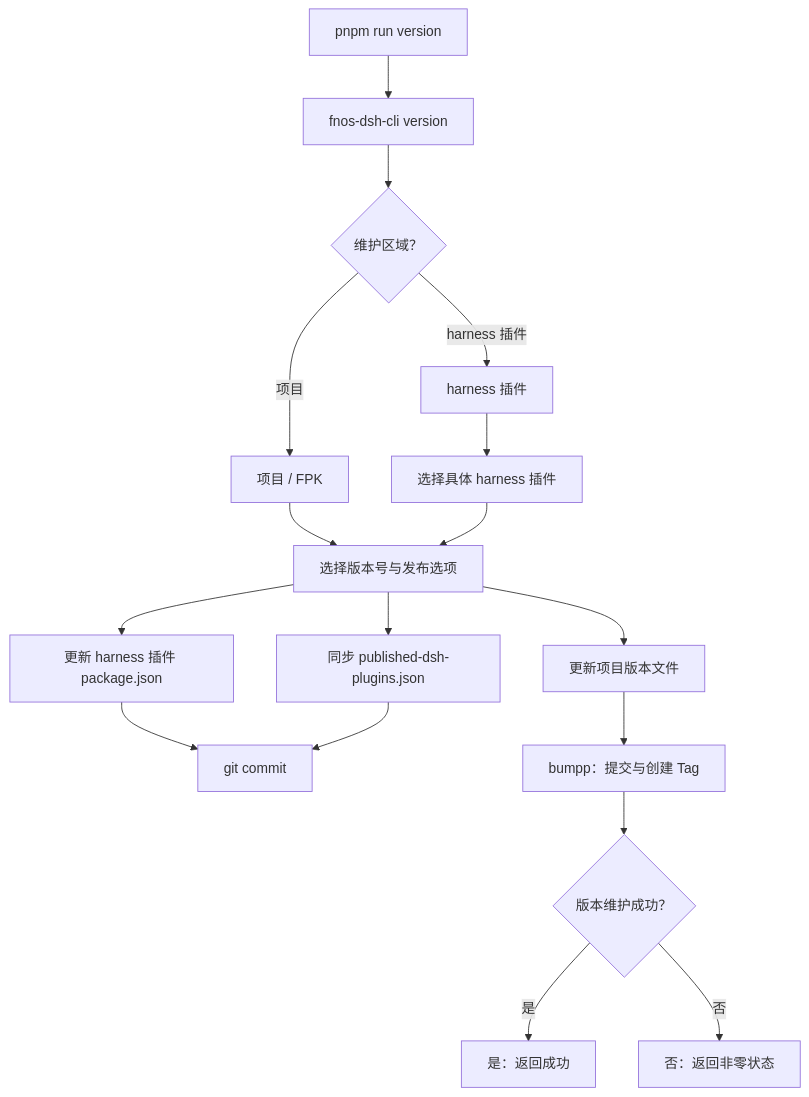
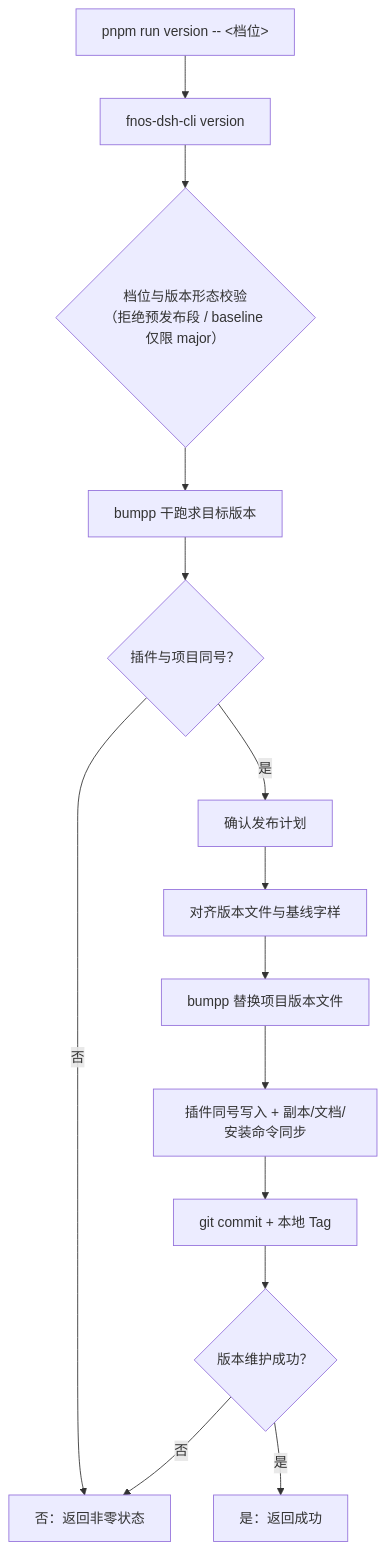
The first of 3 diagrams in docs/development/cli-commands.md (FNOSP/fnos-dsh), drawn with Mermaid before and after one commit. The commit also changed other lines of this file and 40 other files, not shown here.

````diff
--- a/docs/development/cli-commands.md
+++ b/docs/development/cli-commands.md
@@ -11,31 +11,22 @@
 ```mermaid
 flowchart TD
-  command["pnpm run version"]
+  command["pnpm run version -- <档位>"]
   cli["fnos-dsh-cli version"]
-  area{"维护区域？"}
-  project["项目 / FPK"]
-  plugin["harness 插件"]
-  pluginSelect["选择具体 harness 插件"]
-  release["选择版本号与发布选项"]
-  files["更新项目版本文件"]
-  pluginFile["更新 harness 插件 package.json"]
-  published["同步 published-dsh-plugins.json"]
-  commit["git commit"]
-  bumpp["bumpp：提交与创建 Tag"]
+  guard{"档位与版本形态校验<br/>（拒绝预发布段 / baseline 仅限 major）"}
+  dry["bumpp 干跑求目标版本"]
+  syncCheck{"插件与项目同号？"}
+  confirm["确认发布计划"]
+  align["对齐版本文件与基线字样"]
+  bump["bumpp 替换项目版本文件"]
+  plugins["插件同号写入 + 副本/文档/安装命令同步"]
+  commit["git commit + 本地 Tag"]
   status{"版本维护成功？"}
   result["是：返回成功"]
   fail["否：返回非零状态"]
 
-  command --> cli --> area
-  area -->|项目| project
-  area -->|harness 插件| plugin
-  project --> release --> files --> bumpp
-  plugin --> pluginSelect --> release
-  release --> pluginFile
-  release --> published
-  pluginFile --> commit
-  published --> commit
-  bumpp --> status
+  command --> cli --> guard --> dry --> syncCheck
+  syncCheck -->|否| fail
+  syncCheck -->|是| confirm --> align --> bump --> plugins --> commit --> status
   status -->|是| result
   status -->|否| fail
 ```
````
